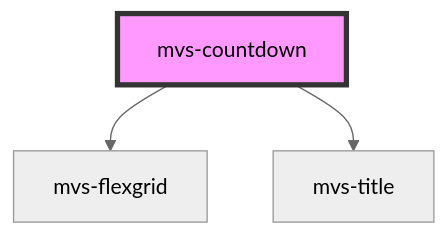
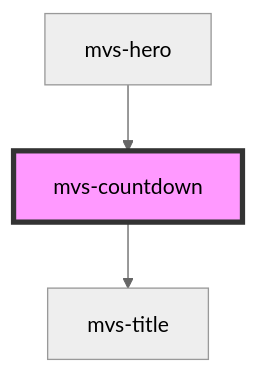
The diagram in src/components/layout/mvs-countdown/readme.md (rafaela-vairo/mvs-design-system), drawn with Mermaid (neutral theme) before and after one commit. The commit also changed other lines of this file and 13 other files, not shown here.

````diff
--- a/src/components/layout/mvs-countdown/readme.md
+++ b/src/components/layout/mvs-countdown/readme.md
@@ -28,6 +31,6 @@
 ```mermaid
 graph TD;
-  mvs-countdown --> mvs-flexgrid
   mvs-countdown --> mvs-title
+  mvs-hero --> mvs-countdown
   style mvs-countdown fill:#f9f,stroke:#333,stroke-width:4px
 ```
````
